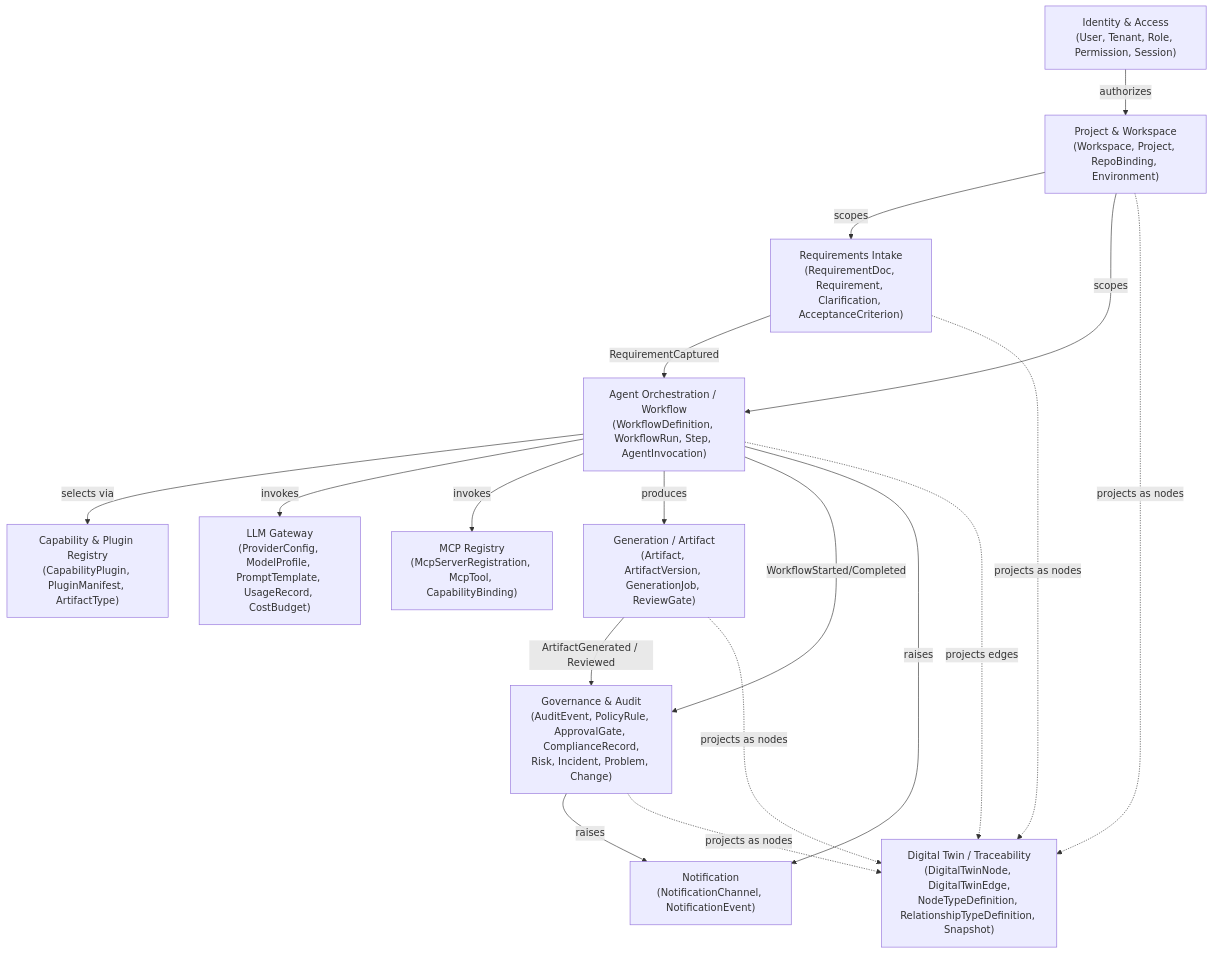
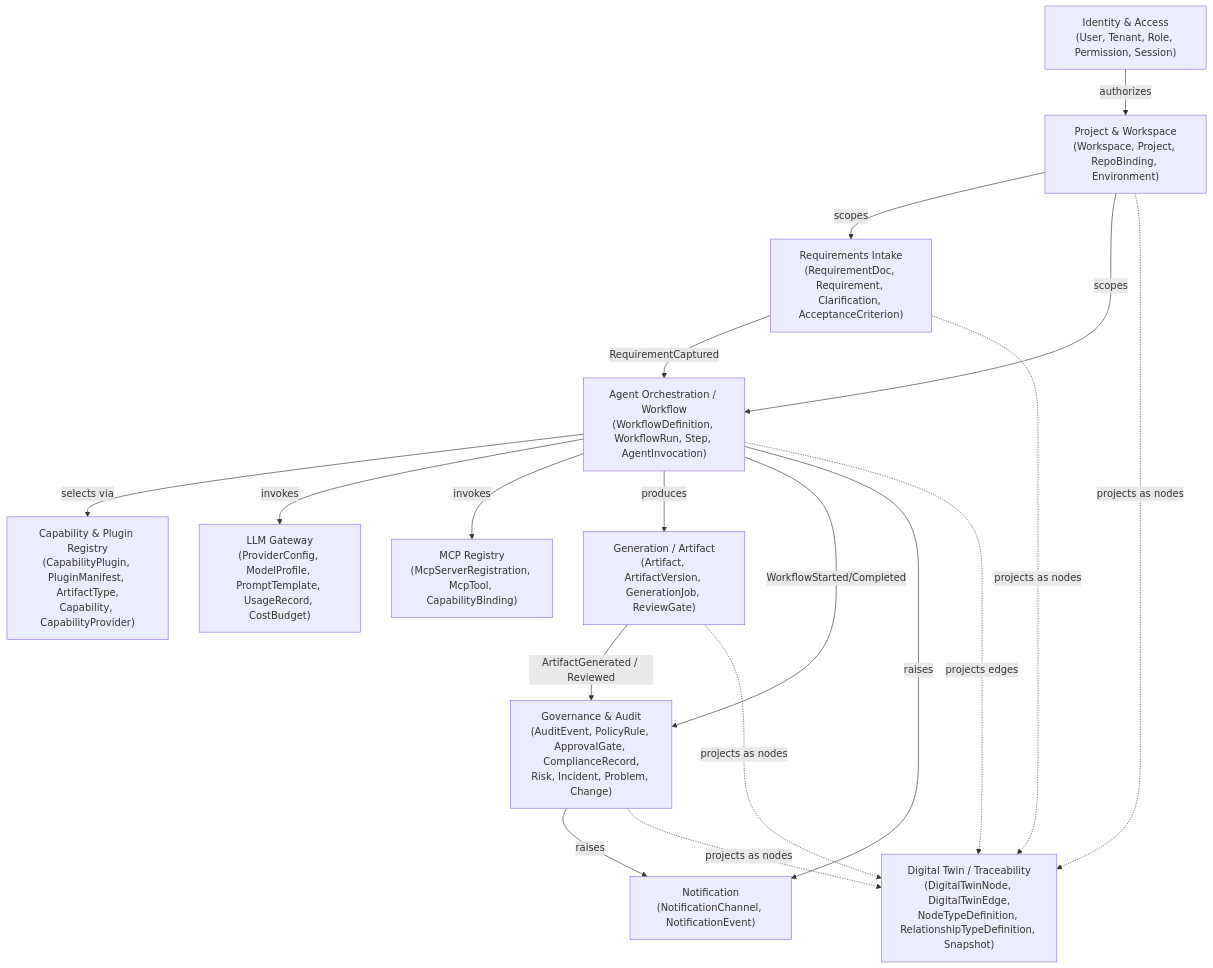
One commit to JDMata/Builder-Platform-OS changed the diagram in docs/architecture/02-domain-model.md. Above: the diagram before and after it, drawn with Mermaid. The commit also changed other lines of this file and 22 other files, not shown here.

````diff
--- a/docs/architecture/02-domain-model.md
+++ b/docs/architecture/02-domain-model.md
@@ -7,32 +7,32 @@
 ```mermaid
 graph TB
     IAM["Identity & Access<br/>(User, Tenant, Role, Permission, Session)"]
     PROJ["Project & Workspace<br/>(Workspace, Project, RepoBinding, Environment)"]
     REQ["Requirements Intake<br/>(RequirementDoc, Requirement, Clarification, AcceptanceCriterion)"]
-    CAP["Capability & Plugin Registry<br/>(CapabilityPlugin, PluginManifest, ArtifactType)"]
+    CAP["Capability & Plugin Registry<br/>(CapabilityPlugin, PluginManifest, ArtifactType,<br/>Capability, CapabilityProvider)"]
     WF["Agent Orchestration / Workflow<br/>(WorkflowDefinition, WorkflowRun, Step, AgentInvocation)"]
     LLM["LLM Gateway<br/>(ProviderConfig, ModelProfile, PromptTemplate, UsageRecord, CostBudget)"]
     MCP["MCP Registry<br/>(McpServerRegistration, McpTool, CapabilityBinding)"]
     GEN["Generation / Artifact<br/>(Artifact, ArtifactVersion, GenerationJob, ReviewGate)"]
     GOV["Governance & Audit<br/>(AuditEvent, PolicyRule, ApprovalGate, ComplianceRecord,<br/>Risk, Incident, Problem, Change)"]
     NOTIF["Notification<br/>(NotificationChannel, NotificationEvent)"]
     DT["Digital Twin / Traceability<br/>(DigitalTwinNode, DigitalTwinEdge,<br/>NodeTypeDefinition, RelationshipTypeDefinition, Snapshot)"]
 
     REQ -->|"RequirementCaptured"| WF
     WF -->|"selects via"| CAP
     WF -->|"invokes"| LLM
     WF -->|"invokes"| MCP
     WF -->|"produces"| GEN
     GEN -->|"ArtifactGenerated / Reviewed"| GOV
     WF -->|"WorkflowStarted/Completed"| GOV
     PROJ -->|"scopes"| REQ
     PROJ -->|"scopes"| WF
     IAM -->|"authorizes"| PROJ
     GOV -->|"raises"| NOTIF
     WF -->|"raises"| NOTIF
     REQ -. "projects as nodes" .-> DT
     GEN -. "projects as nodes" .-> DT
     PROJ -. "projects as nodes" .-> DT
     GOV -. "projects as nodes" .-> DT
     WF -. "projects edges" .-> DT
 ```
````
